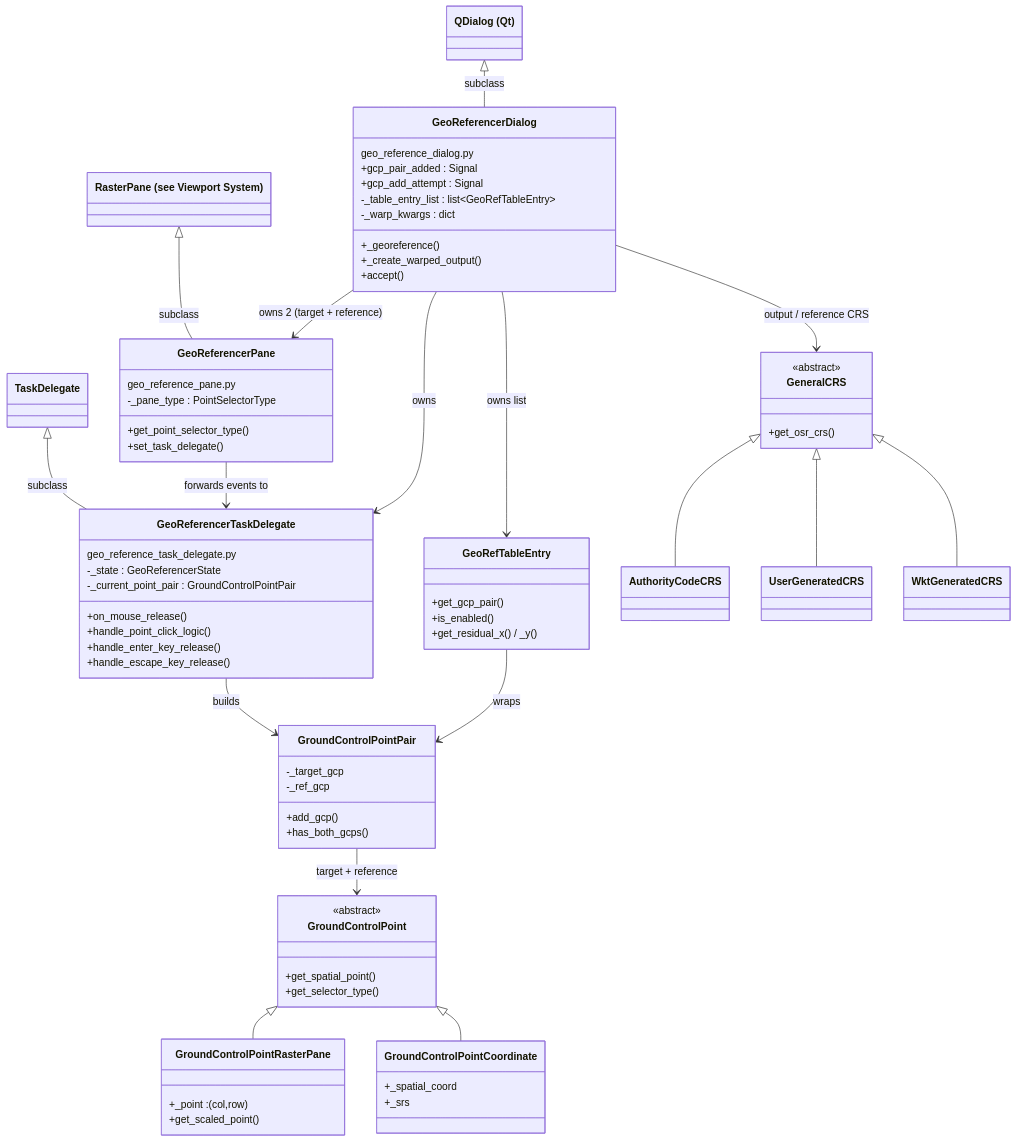
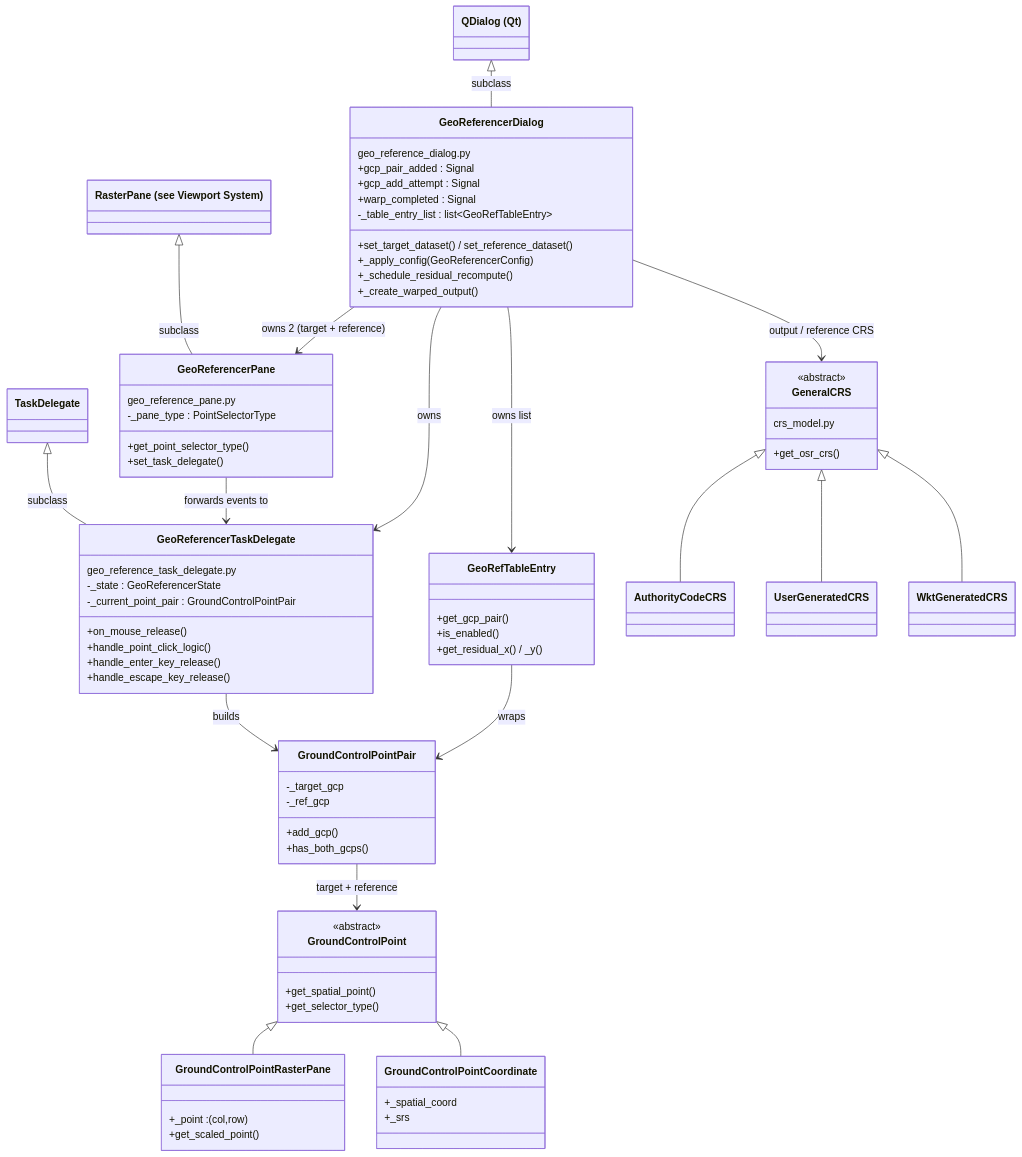
Before and after one commit to Ehlmann-research-group/WISER: the first of 5 diagrams in doc/sphinx-general-wiser-docs/source/developer-content/georeferencer-internals.md, drawn with Mermaid. The commit also changed other lines of this file, not shown here.

Commit message:
doc: Updating geo referencer internal docs based on this refactor

```diff
--- a/doc/sphinx-general-wiser-docs/source/developer-content/georeferencer-internals.md
+++ b/doc/sphinx-general-wiser-docs/source/developer-content/georeferencer-internals.md
@@ -57,11 +68,12 @@
         geo_reference_dialog.py
         +gcp_pair_added : Signal
         +gcp_add_attempt : Signal
+        +warp_completed : Signal
         -_table_entry_list : list~GeoRefTableEntry~
-        -_warp_kwargs : dict
-        +_georeference()
+        +set_target_dataset() / set_reference_dataset()
+        +_apply_config(GeoReferencerConfig)
+        +_schedule_residual_recompute()
         +_create_warped_output()
-        +accept()
     }
 
     class GeoReferencerPane {
@@ -108,6 +120,7 @@
 
     class GeneralCRS {
         <<abstract>>
+        crs_model.py
         +get_osr_crs()
     }
     class AuthorityCodeCRS
```
